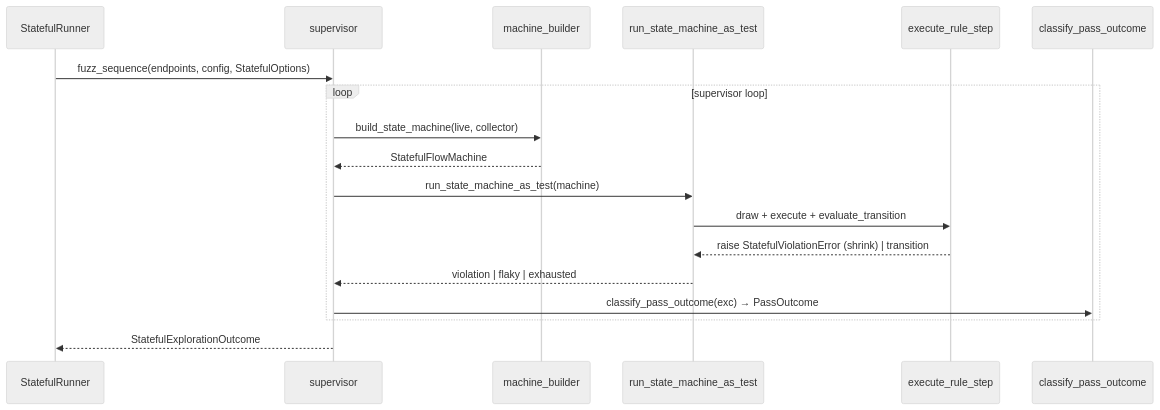
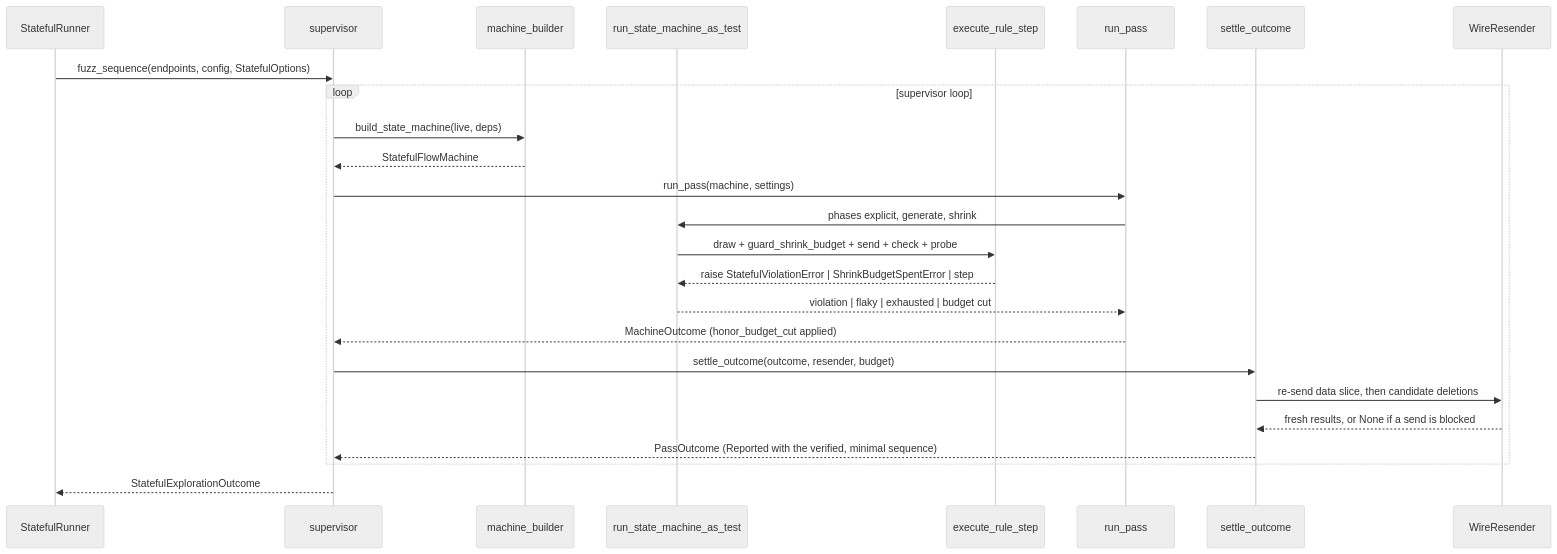
Before and after one commit to Spec-Forge-Testing/specforge-docs: the second of 6 diagrams in docs/modules/specforge-engine/execution-modes.md, drawn with Mermaid (neutral theme). The commit also changed other lines of this file and 8 other files, not shown here.

Commit message:
docs(engine): the stateful shrink is budgeted and the engine minimizes the sequence it reports

````diff
--- a/docs/modules/specforge-engine/execution-modes.md
+++ b/docs/modules/specforge-engine/execution-modes.md
@@ -101,21 +104,28 @@
 ```mermaid
 sequenceDiagram
     participant SR as StatefulRunner
     participant Sup as supervisor
     participant MB as machine_builder
     participant HS as run_state_machine_as_test
     participant Rule as execute_rule_step
-    participant Cls as classify_pass_outcome
+    participant Cls as run_pass
+    participant Min as settle_outcome
+    participant WR as WireResender
 
     SR->>Sup: fuzz_sequence(endpoints, config, StatefulOptions)
     loop supervisor loop
-        Sup->>MB: build_state_machine(live, collector)
+        Sup->>MB: build_state_machine(live, deps)
         MB-->>Sup: StatefulFlowMachine
-        Sup->>HS: run_state_machine_as_test(machine)
-        HS->>Rule: draw + execute + evaluate_transition
-        Rule-->>HS: raise StatefulViolationError (shrink) | transition
-        HS-->>Sup: violation | flaky | exhausted
-        Sup->>Cls: classify_pass_outcome(exc) → PassOutcome
+        Sup->>Cls: run_pass(machine, settings)
+        Cls->>HS: phases explicit, generate, shrink
+        HS->>Rule: draw + guard_shrink_budget + send + check + probe
+        Rule-->>HS: raise StatefulViolationError | ShrinkBudgetSpentError | step
+        HS-->>Cls: violation | flaky | exhausted | budget cut
+        Cls-->>Sup: MachineOutcome (honor_budget_cut applied)
+        Sup->>Min: settle_outcome(outcome, resender, budget)
+        Min->>WR: re-send data slice, then candidate deletions
+        WR-->>Min: fresh results, or None if a send is blocked
+        Min-->>Sup: PassOutcome (Reported with the verified, minimal sequence)
     end
     Sup-->>SR: StatefulExplorationOutcome
 ```
````
